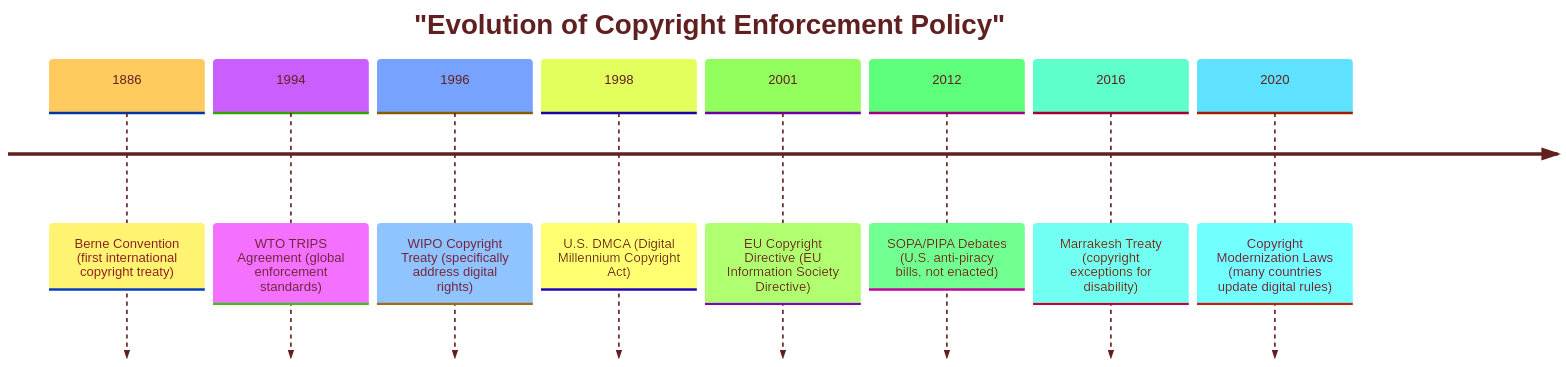
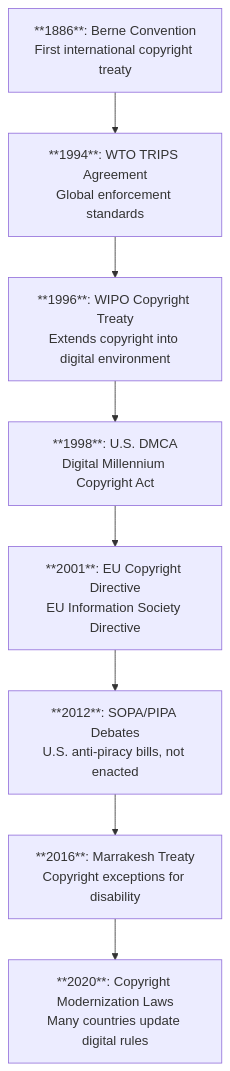
The diagram in legislation.qmd (AJBogo9/digital-ethics-project-piracy), drawn with Mermaid before and after one commit. The commit also changed other lines of this file and 2 other files, not shown here.

Commit message:
Fix legislation page layout and update nav order
- Remove Home and About from navbar; reorder pages Consumer, Creator, Ownership, Legislation
- Fix wide text overflow caused by long reference entries in #refs (overflow-wrap: break-word)
- Fix TOC overflow into main content (remove overflow: visible from sidebar CSS)
- Replace horizontal timeline with vertical flowchart for better readability
- Add overflow-x: auto to mermaid/cell-output-display containers

````diff
--- a/legislation.qmd
+++ b/legislation.qmd
@@ -18,18 +18,11 @@
 ```{mermaid}
----
-config:
-  theme: base
-  themeVariables:
-    primaryTextColor: 'rgb(97, 32, 32)'
----
-timeline
-    title "Evolution of Copyright Enforcement Policy"
-    1886 : Berne Convention (first international copyright treaty)
-    1994 : WTO TRIPS Agreement (global enforcement standards)
-    1996 : WIPO Copyright Treaty (specifically address digital rights)
-    1998 : U.S. DMCA (Digital Millennium Copyright Act)
-    2001 : EU Copyright Directive (EU Information Society Directive)
-    2012 : SOPA/PIPA Debates (U.S. anti-piracy bills, not enacted)
-    2016 : Marrakesh Treaty (copyright exceptions for disability)
-    2020 : Copyright Modernization Laws (many countries update digital rules)
-```  
+flowchart TD
+    A["**1886**: Berne Convention<br/>First international copyright treaty"] -->
+    B["**1994**: WTO TRIPS Agreement<br/>Global enforcement standards"] -->
+    C["**1996**: WIPO Copyright Treaty<br/>Extends copyright into digital environment"] -->
+    D["**1998**: U.S. DMCA<br/>Digital Millennium Copyright Act"] -->
+    E["**2001**: EU Copyright Directive<br/>EU Information Society Directive"] -->
+    F["**2012**: SOPA/PIPA Debates<br/>U.S. anti-piracy bills, not enacted"] -->
+    G["**2016**: Marrakesh Treaty<br/>Copyright exceptions for disability"] -->
+    H["**2020**: Copyright Modernization Laws<br/>Many countries update digital rules"]
+```
````
